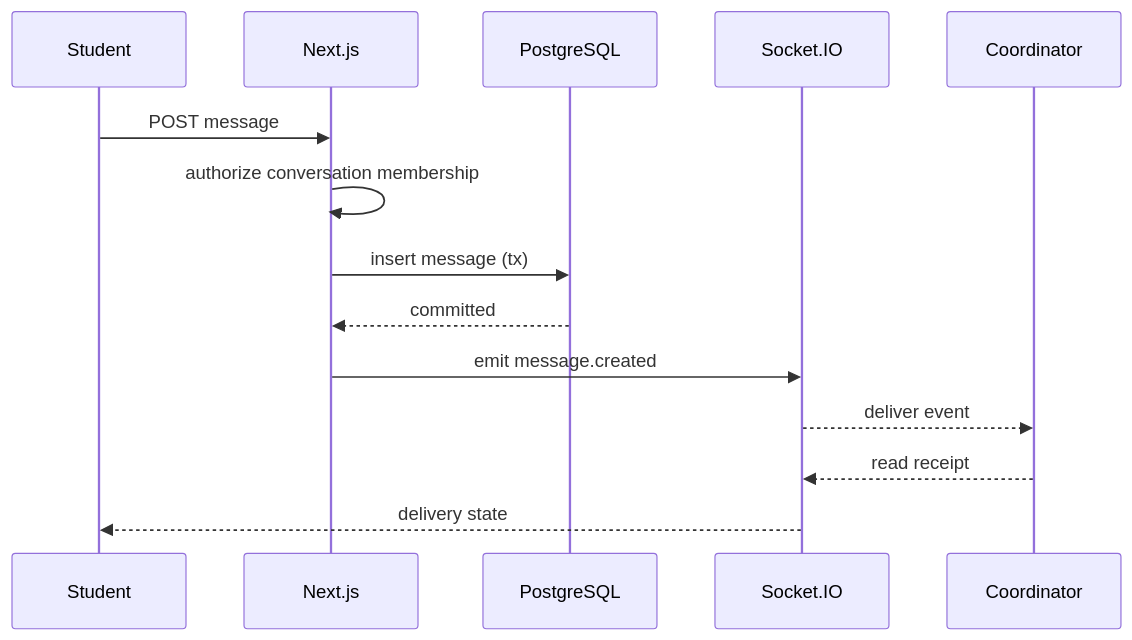
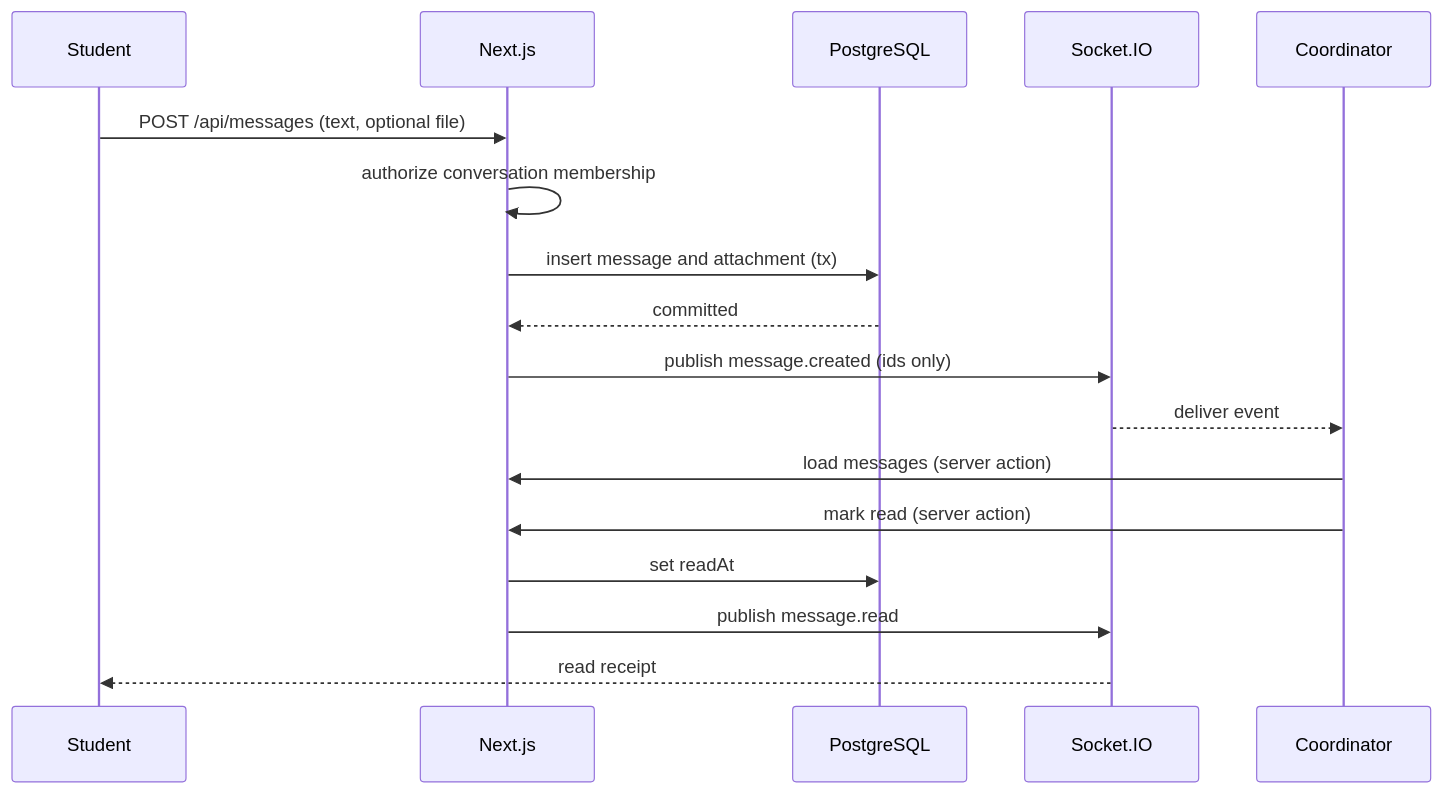
Before and after one commit to hydrafog/thesis-coordinator: the diagram in docs/features/private-messaging.md, drawn with Mermaid. The commit also changed other lines of this file and 96 other files, not shown here.

````diff
--- a/docs/features/private-messaging.md
+++ b/docs/features/private-messaging.md
@@ -5,17 +5,20 @@
 ```mermaid
 sequenceDiagram
 	participant S as Student
 	participant N as Next.js
 	participant P as PostgreSQL
 	participant IO as Socket.IO
 	participant C as Coordinator
 
-	S->>N: POST message
+	S->>N: POST /api/messages (text, optional file)
 	N->>N: authorize conversation membership
-	N->>P: insert message (tx)
+	N->>P: insert message and attachment (tx)
 	P-->>N: committed
-	N->>IO: emit message.created
+	N->>IO: publish message.created (ids only)
 	IO-->>C: deliver event
-	C-->>IO: read receipt
-	IO-->>S: delivery state
+	C->>N: load messages (server action)
+	C->>N: mark read (server action)
+	N->>P: set readAt
+	N->>IO: publish message.read
+	IO-->>S: read receipt
 ```
````
